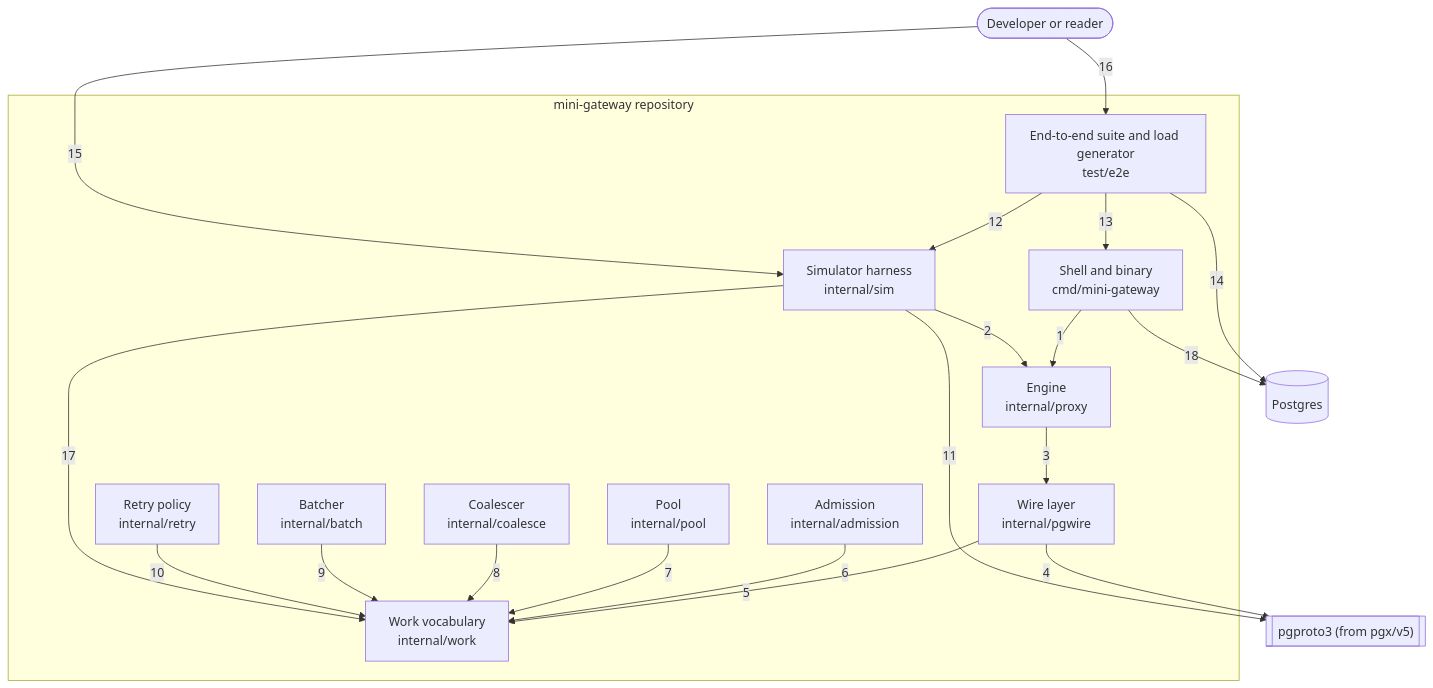
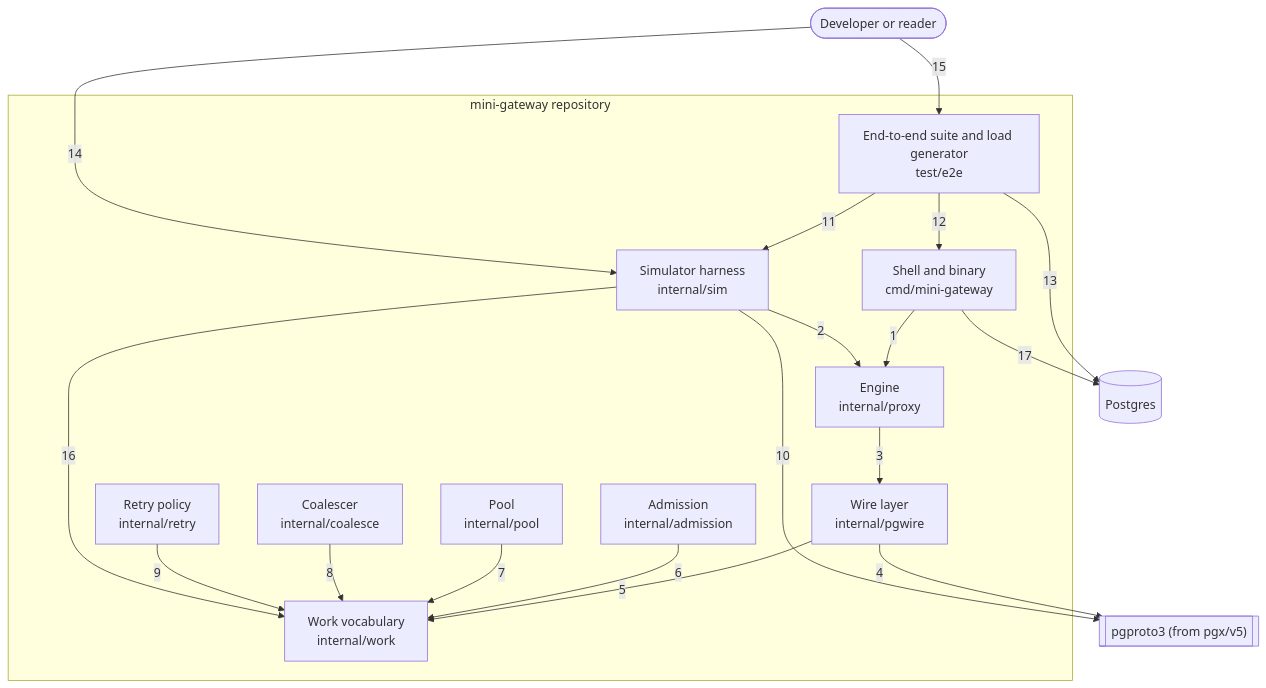
The diagram in docs/c4/diagrams/03-container-drivers-and-seams.mmd (nickstrad/mini-gateway), drawn with Mermaid before and after one commit. The commit also changed 19 other files, not shown here.

Commit message:
c4: remove the batcher, draw TLS, renumber to 12 diagrams

```diff
--- a/docs/c4/diagrams/03-container-drivers-and-seams.mmd
+++ b/docs/c4/diagrams/03-container-drivers-and-seams.mmd
@@ -1,35 +1,33 @@
 flowchart TB
   DEVELOPER(["Developer or reader"])
   PGPROTO3[["pgproto3 (from pgx/v5)"]]
   PG[("Postgres")]
   subgraph SCOPE["mini-gateway repository"]
     C_SIM["Simulator harness<br/>internal/sim"]
     C_E2E["End-to-end suite and load generator<br/>test/e2e"]
     C_SHELL["Shell and binary<br/>cmd/mini-gateway"]
     C_ENGINE["Engine<br/>internal/proxy"]
     C_PGWIRE["Wire layer<br/>internal/pgwire"]
     C_WORK["Work vocabulary<br/>internal/work"]
     C_ADM["Admission<br/>internal/admission"]
     C_POOL["Pool<br/>internal/pool"]
     C_COAL["Coalescer<br/>internal/coalesce"]
-    C_BATCH["Batcher<br/>internal/batch"]
     C_RETRY["Retry policy<br/>internal/retry"]
   end
   C_SHELL -->|1| C_ENGINE
   C_SIM -->|2| C_ENGINE
   C_ENGINE -->|3| C_PGWIRE
   C_PGWIRE -->|4| PGPROTO3
   C_PGWIRE -->|5| C_WORK
   C_ADM -->|6| C_WORK
   C_POOL -->|7| C_WORK
   C_COAL -->|8| C_WORK
-  C_BATCH -->|9| C_WORK
-  C_RETRY -->|10| C_WORK
-  C_SIM -->|11| PGPROTO3
-  C_E2E -->|12| C_SIM
-  C_E2E -->|13| C_SHELL
-  C_E2E -->|14| PG
-  DEVELOPER -->|15| C_SIM
-  DEVELOPER -->|16| C_E2E
-  C_SIM -->|17| C_WORK
-  C_SHELL -->|18| PG
+  C_RETRY -->|9| C_WORK
+  C_SIM -->|10| PGPROTO3
+  C_E2E -->|11| C_SIM
+  C_E2E -->|12| C_SHELL
+  C_E2E -->|13| PG
+  DEVELOPER -->|14| C_SIM
+  DEVELOPER -->|15| C_E2E
+  C_SIM -->|16| C_WORK
+  C_SHELL -->|17| PG
```
